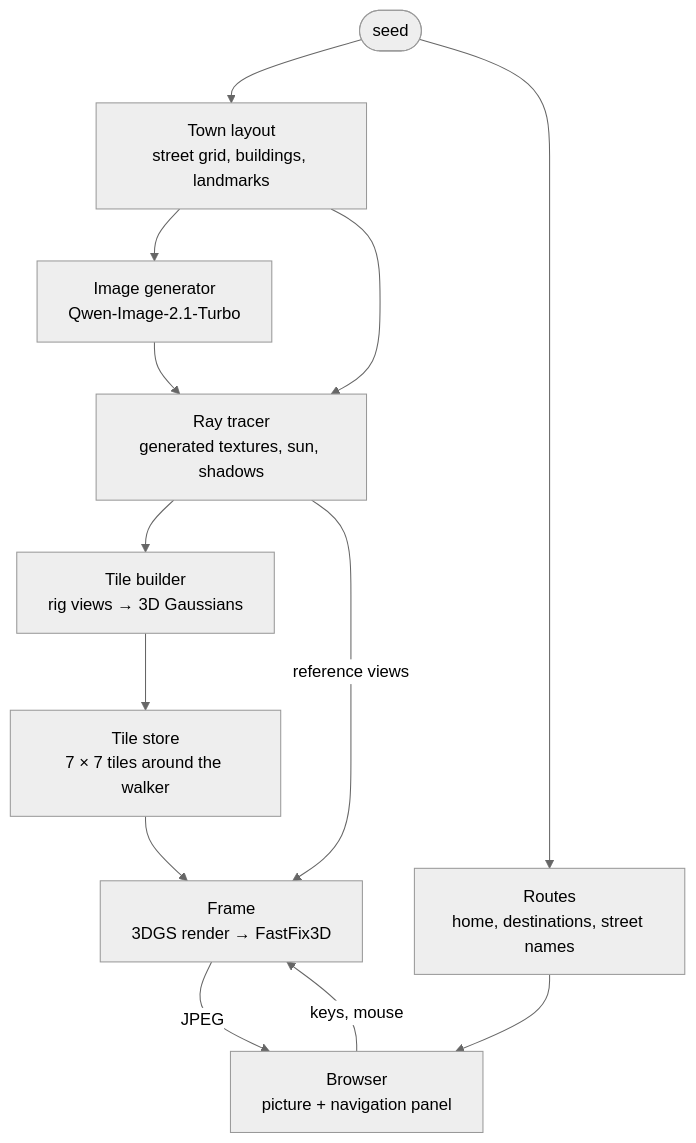
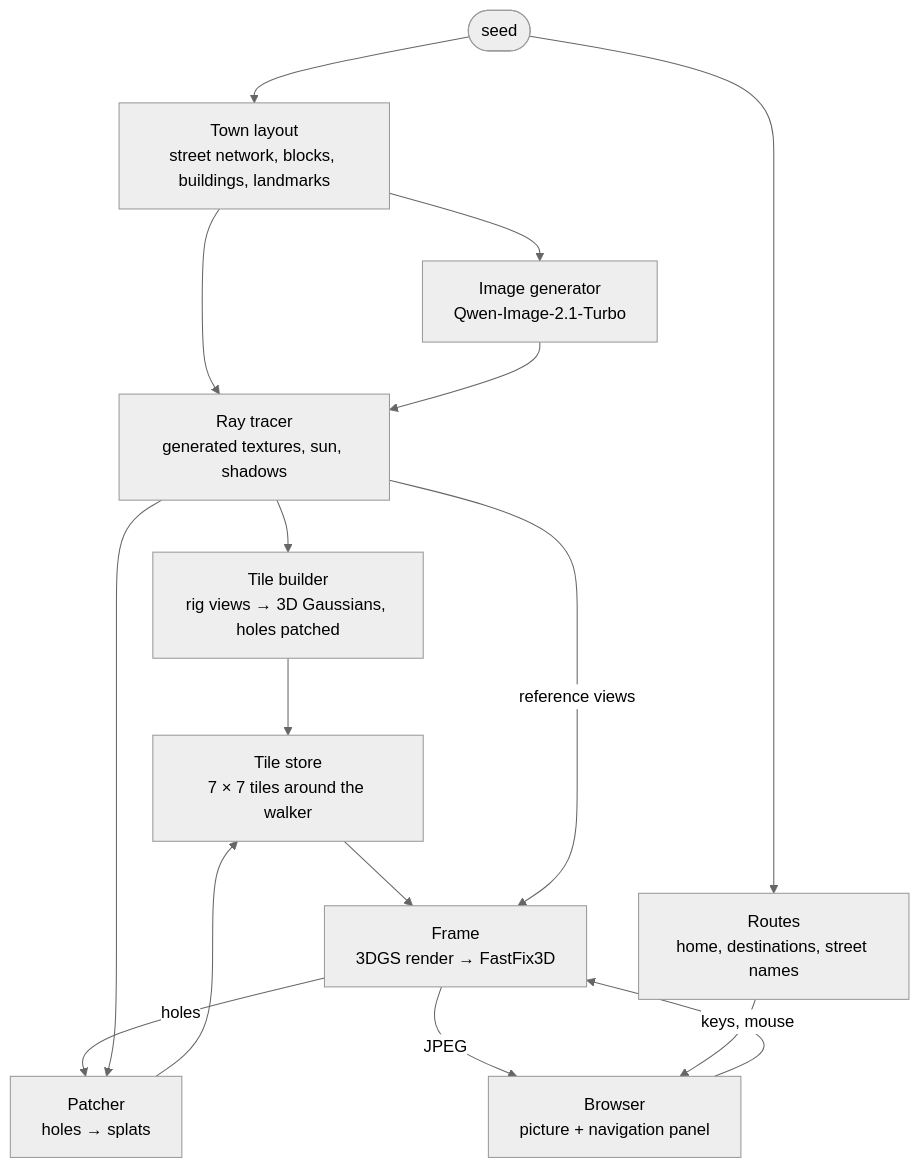
Before and after one commit to Cerynitius/3dgen: the diagram in README.md, drawn with Mermaid (neutral theme). The commit also changed other lines of this file and 13 other files, not shown here.

Commit message:
Richer town: irregular street network, building shapes, block kinds, street furniture; holes patched at build time and while walking

````diff
--- a/README.md
+++ b/README.md
@@ -38,15 +43,18 @@
 ```mermaid
 flowchart TD
-  seed([seed]) --> town["Town layout<br/>street grid, buildings, landmarks"]
+  seed([seed]) --> town["Town layout<br/>street network, blocks, buildings, landmarks"]
   seed --> routes["Routes<br/>home, destinations, street names"]
   town --> gen["Image generator<br/>Qwen-Image-2.1-Turbo"]
   town --> rt["Ray tracer<br/>generated textures, sun, shadows"]
   gen --> rt
-  rt --> tiles["Tile builder<br/>rig views → 3D Gaussians"]
+  rt --> tiles["Tile builder<br/>rig views → 3D Gaussians, holes patched"]
   tiles --> store["Tile store<br/>7 × 7 tiles around the walker"]
   store --> frame["Frame<br/>3DGS render → FastFix3D"]
   rt -- reference views --> frame
+  frame -- holes --> patch["Patcher<br/>holes → splats"]
+  rt --> patch
+  patch --> store
   frame -- JPEG --> page["Browser<br/>picture + navigation panel"]
   routes --> page
   page -- keys, mouse --> frame
 ```
````
